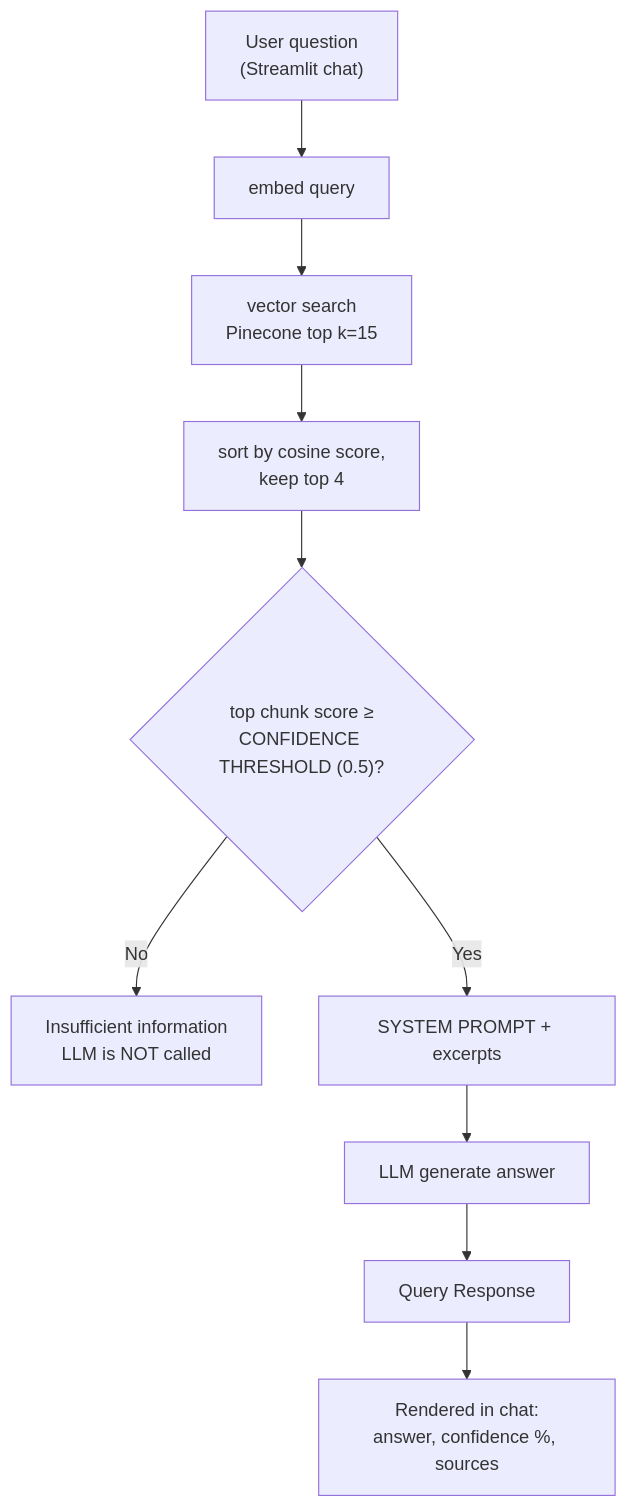
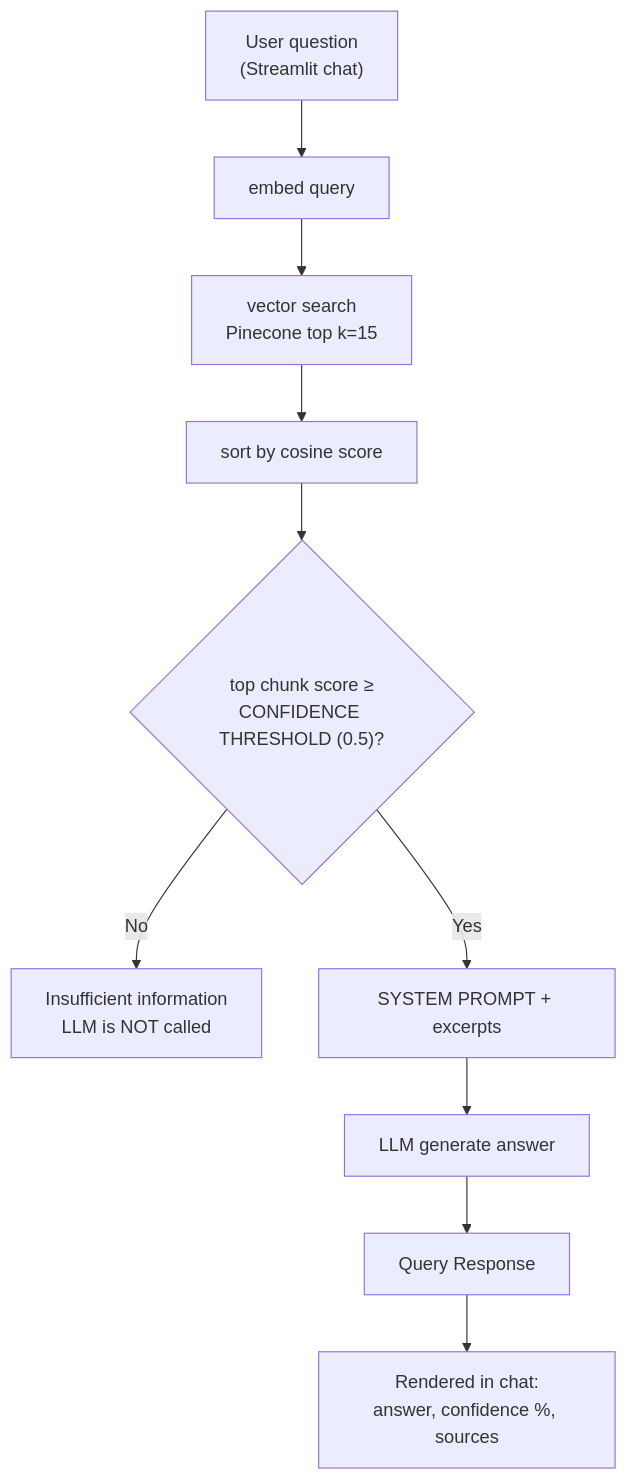
One commit to Maaruuuf/Enterprise-AI-Document-Assistant changed the second of 2 diagrams in README.md. Above: the diagram before and after it, drawn with Mermaid.

Commit message:
Update flowchart to simplify sorting step
Removed 'keep top 4' from the sorting step in the flowchart.

````diff
--- a/README.md
+++ b/README.md
@@ -89,12 +89,12 @@
 ```mermaid
 flowchart TD
     U["User question<br/>(Streamlit chat)"] --> EQ["embed query"]
     EQ --> S["vector search<br/>Pinecone top k=15"]
-    S --> RK["sort by cosine score,<br/>keep top 4 "]
+    S --> RK["sort by cosine score"]
     RK --> G{"top chunk score ≥<br/>CONFIDENCE THRESHOLD (0.5)?"}
     G -- "No" --> N["Insufficient information<br/>LLM is NOT called"]
     G -- "Yes" --> M["SYSTEM PROMPT + excerpts"]
     M --> L["LLM generate answer<br/>"]
     L --> RESP["Query Response"]
     RESP --> U2["Rendered in chat:<br/>answer, confidence %, sources"]
 ```
````
